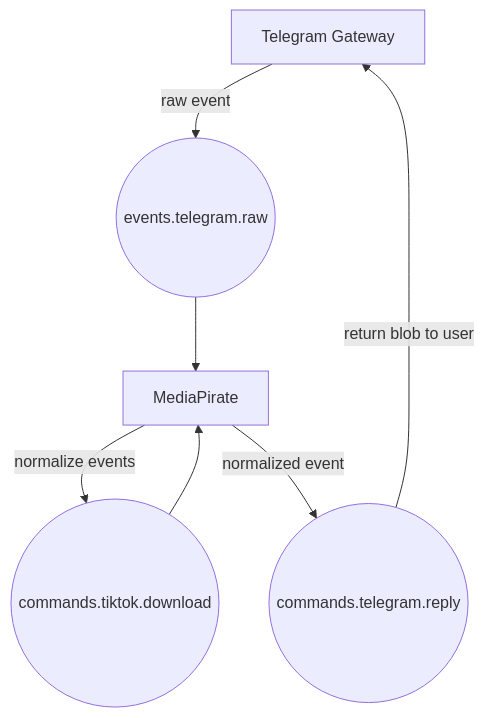
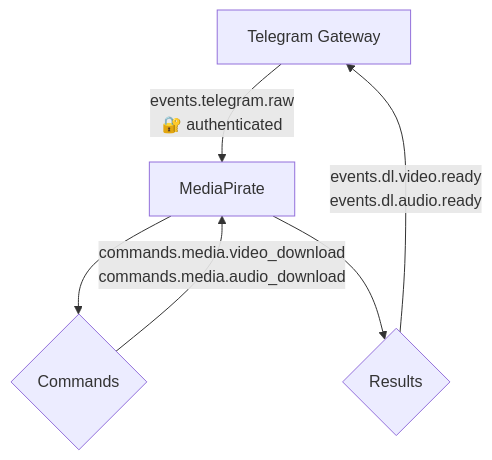
One commit to zxeenu/heavy-telegram-bot changed the first of 2 diagrams in README.md. Above: the diagram before and after it, drawn with Mermaid. The commit also changed other lines of this file, not shown here.

Commit message:
chore(readme): update current architecture

````diff
--- a/README.md
+++ b/README.md
@@ -173,14 +174,15 @@
 ```mermaid
 flowchart TD
-    T1[Telegram Gateway]
-    M1[MediaPirate]
+    Gateway[Telegram Gateway]
+    MediaPirate[MediaPirate]
+    Commands{Commands}
+    Results{Results}
 
-    T1 -->|raw event| E1((events.telegram.raw))
-    E1 --> M1
+    Gateway -->|events.telegram.raw<br/>🔐 authenticated| MediaPirate
+    MediaPirate --> Commands
+    Commands -->|commands.media.video_download<br/>commands.media.audio_download| MediaPirate
+    MediaPirate --> Results
+    Results -->|events.dl.video.ready<br/>events.dl.audio.ready| Gateway
 
-    M1 -->|normalize events| E2((commands.tiktok.download))
-    E2 --> M1
-
-    M1 -->|normalized event| E3((commands.telegram.reply))
-    E3 -->|return blob to user| T1
+    classDef authEdge stroke:#green,stroke-width:3px
 ```
````
